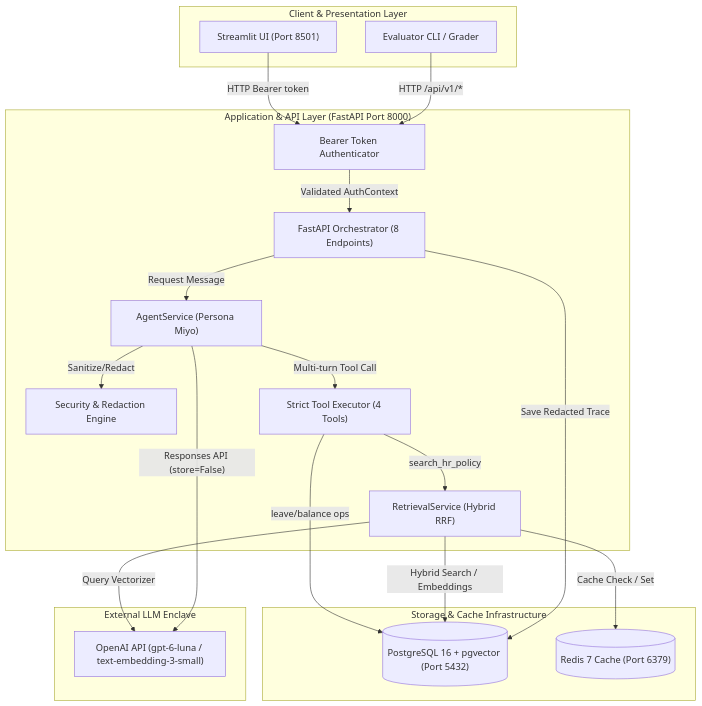
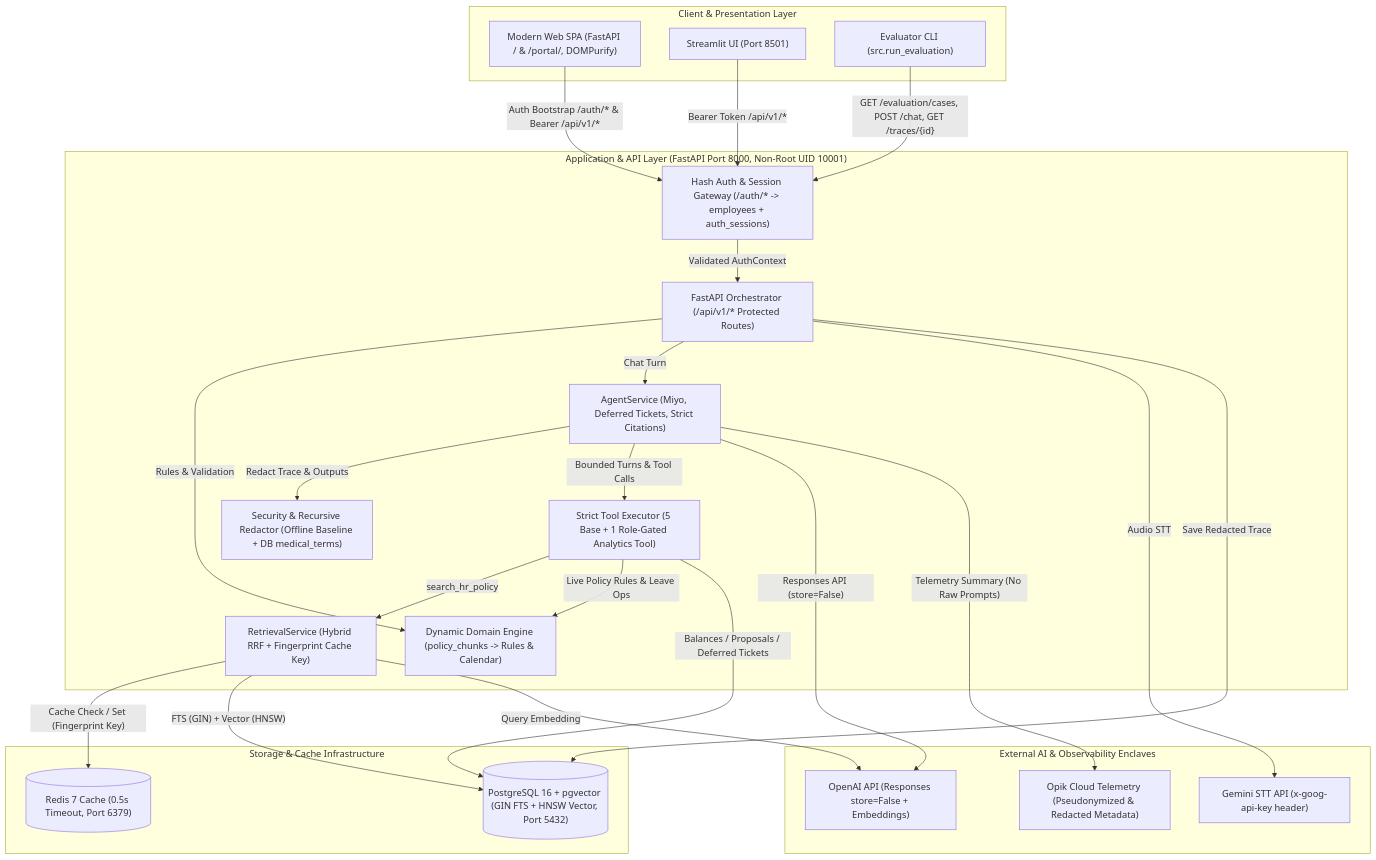
The first of 6 diagrams in milestone2-HR-Agent/architecture.md (azbayou/AIEN-RMT002-BayuAziz), drawn with Mermaid before and after one commit. The commit also changed other lines of this file and 41 other files, not shown here.

````diff
--- a/milestone2-HR-Agent/architecture.md
+++ b/milestone2-HR-Agent/architecture.md
@@ -40,39 +43,48 @@
 ```mermaid
 flowchart TD
     subgraph ClientLayer["Client & Presentation Layer"]
-        UI["Streamlit UI (Port 8501)"]
-        CLI["Evaluator CLI / Grader"]
+        SPA["Modern Web SPA (FastAPI / & /portal/, DOMPurify)"]
+        ST["Streamlit UI (Port 8501)"]
+        CLI["Evaluator CLI (src.run_evaluation)"]
     end
 
-    subgraph APILayer["Application & API Layer (FastAPI Port 8000)"]
-        AUTH["Bearer Token Authenticator"]
-        API["FastAPI Orchestrator (8 Endpoints)"]
-        SEC["Security & Redaction Engine"]
-        AGENT["AgentService (Persona Miyo)"]
-        TOOLS["Strict Tool Executor (4 Tools)"]
-        RET["RetrievalService (Hybrid RRF)"]
+    subgraph APILayer["Application & API Layer (FastAPI Port 8000, Non-Root UID 10001)"]
+        AUTH["Hash Auth & Session Gateway (/auth/* -> employees + auth_sessions)"]
+        API["FastAPI Orchestrator (/api/v1/* Protected Routes)"]
+        SEC["Security & Recursive Redactor (Offline Baseline + DB medical_terms)"]
+        AGENT["AgentService (Miyo, Deferred Tickets, Strict Citations)"]
+        TOOLS["Strict Tool Executor (5 Base + 1 Role-Gated Analytics Tool)"]
+        RET["RetrievalService (Hybrid RRF + Fingerprint Cache Key)"]
+        DOM["Dynamic Domain Engine (policy_chunks -> Rules & Calendar)"]
     end
 
     subgraph DataLayer["Storage & Cache Infrastructure"]
-        PG[("PostgreSQL 16 + pgvector (Port 5432)")]
-        REDIS[("Redis 7 Cache (Port 6379)")]
+        PG[("PostgreSQL 16 + pgvector (GIN FTS + HNSW Vector, Port 5432)")]
+        REDIS[("Redis 7 Cache (0.5s Timeout, Port 6379)")]
     end
 
-    subgraph ExternalServices["External LLM Enclave"]
-        OPENAI["OpenAI API (gpt-6-luna / text-embedding-3-small)"]
+    subgraph ExternalServices["External AI & Observability Enclaves"]
+        OPENAI["OpenAI API (Responses store=False + Embeddings)"]
+        GEMINI["Gemini STT API (x-goog-api-key header)"]
+        OPIK["Opik Cloud Telemetry (Pseudonymized & Redacted Metadata)"]
     end
 
-    UI -->|"HTTP Bearer token"| AUTH
-    CLI -->|"HTTP /api/v1/*"| AUTH
+    SPA -->|"Auth Bootstrap /auth/* & Bearer /api/v1/*"| AUTH
+    ST -->|"Bearer Token /api/v1/*"| AUTH
+    CLI -->|"GET /evaluation/cases, POST /chat, GET /traces/{id}"| AUTH
     AUTH -->|"Validated AuthContext"| API
-    API -->|"Request Message"| AGENT
-    AGENT -->|"Sanitize/Redact"| SEC
-    AGENT -->|"Multi-turn Tool Call"| TOOLS
+    API -->|"Rules & Validation"| DOM
+    API -->|"Chat Turn"| AGENT
+    API -->|"Audio STT"| GEMINI
+    AGENT -->|"Redact Trace & Outputs"| SEC
+    AGENT -->|"Bounded Turns & Tool Calls"| TOOLS
     TOOLS -->|"search_hr_policy"| RET
-    TOOLS -->|"leave/balance ops"| PG
-    RET -->|"Cache Check / Set"| REDIS
-    RET -->|"Hybrid Search / Embeddings"| PG
-    RET -->|"Query Vectorizer"| OPENAI
+    TOOLS -->|"Live Policy Rules & Leave Ops"| DOM
+    TOOLS -->|"Balances / Proposals / Deferred Tickets"| PG
+    RET -->|"Cache Check / Set (Fingerprint Key)"| REDIS
+    RET -->|"FTS (GIN) + Vector (HNSW)"| PG
+    RET -->|"Query Embedding"| OPENAI
     AGENT -->|"Responses API (store=False)"| OPENAI
     API -->|"Save Redacted Trace"| PG
+    AGENT -->|"Telemetry Summary (No Raw Prompts)"| OPIK
 ```
````
